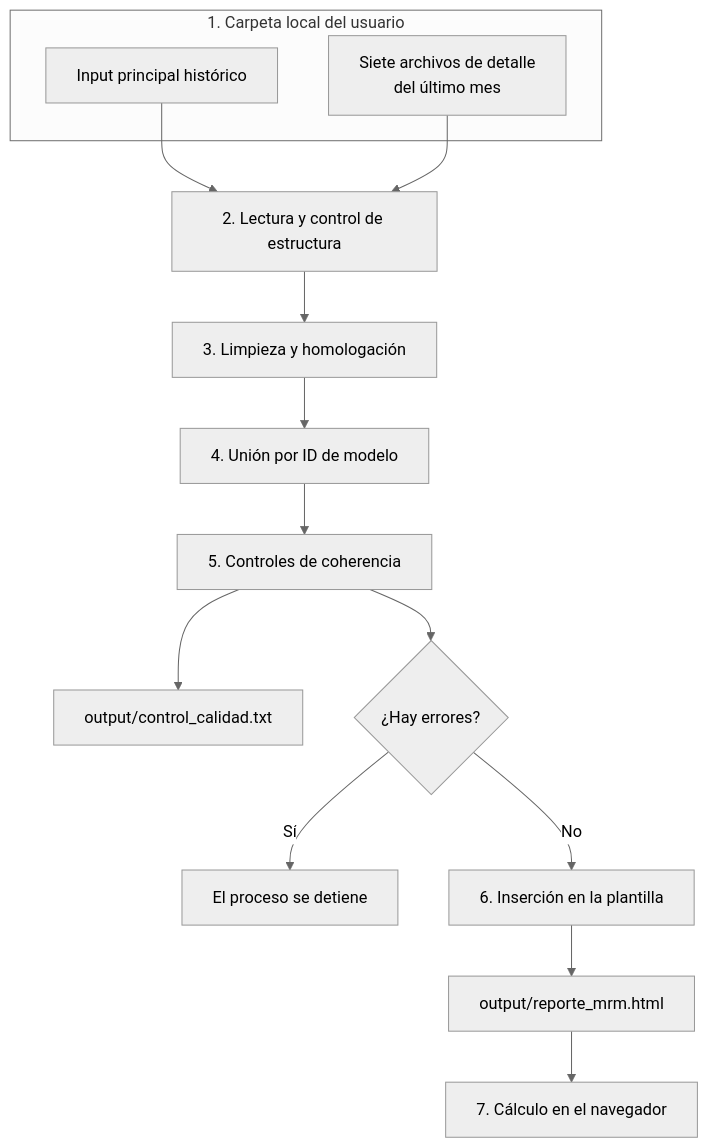
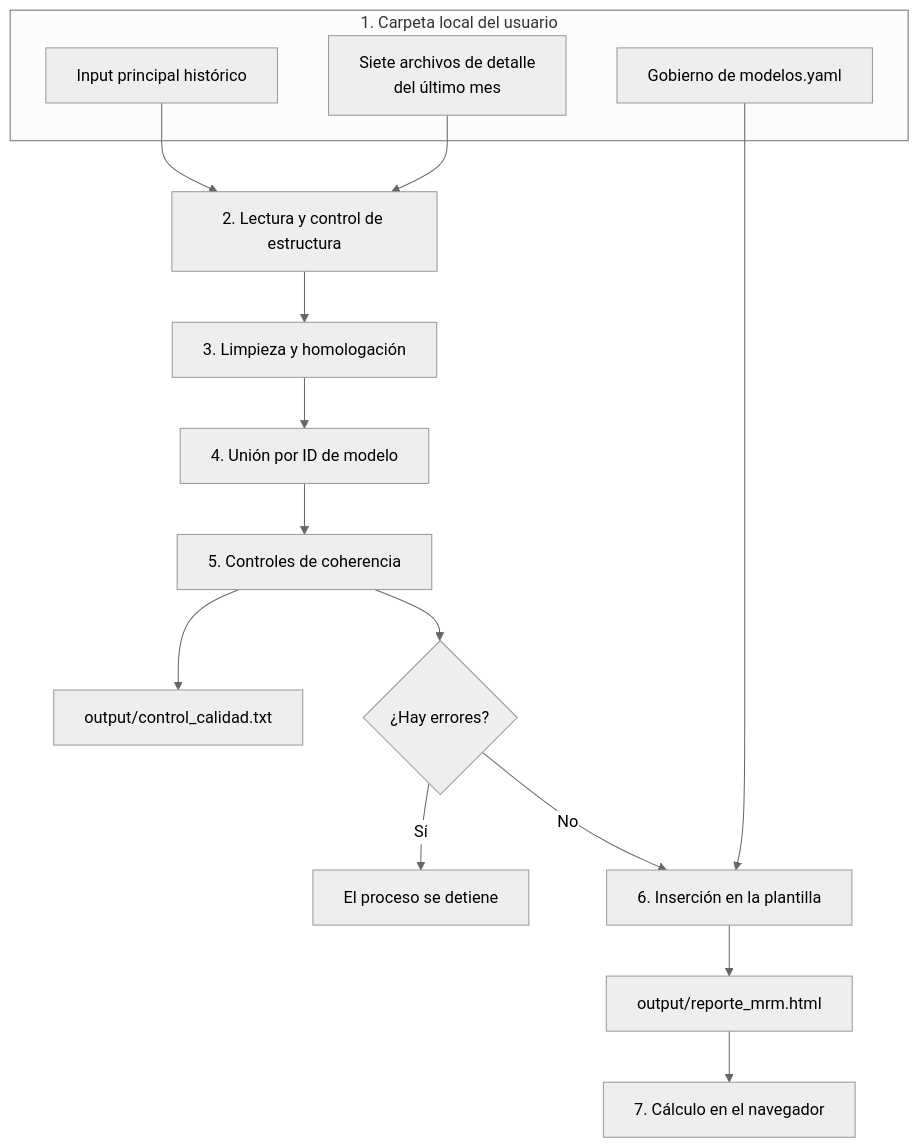
The diagram in docs/proceso.md (DanteBarreto/Score-MRM-2.0), drawn with Mermaid (neutral theme) before and after one commit. The commit also changed other lines of this file and 23 other files, not shown here.

````diff
--- a/docs/proceso.md
+++ b/docs/proceso.md
@@ -7,18 +7,20 @@
 ```mermaid
 flowchart TD
     subgraph E[1. Carpeta local del usuario]
       A[Input principal histórico]
       D[Siete archivos de detalle<br>del último mes]
+      G[Gobierno de modelos.yaml]
     end
     A --> L[2. Lectura y control de estructura]
     D --> L
+    G --> P
     L --> H[3. Limpieza y homologación]
     H --> U[4. Unión por ID de modelo]
     U --> C[5. Controles de coherencia]
     C --> Q[output/control_calidad.txt]
     C --> X{¿Hay errores?}
     X -- Sí --> S[El proceso se detiene]
     X -- No --> P[6. Inserción en la plantilla]
     P --> R[output/reporte_mrm.html]
     R --> N[7. Cálculo en el navegador]
 ```
````
